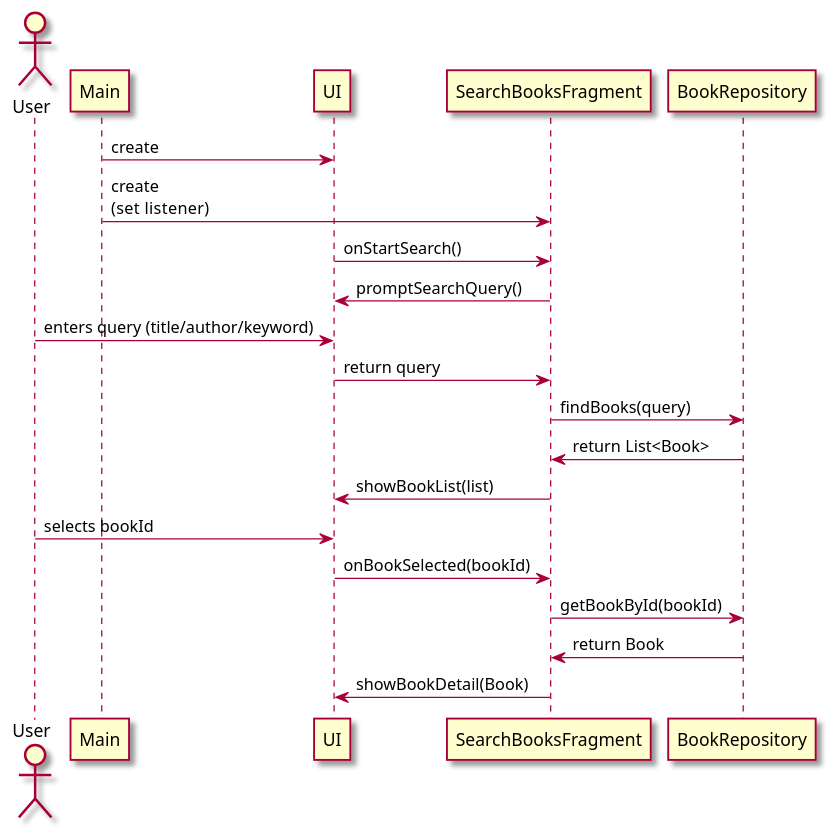
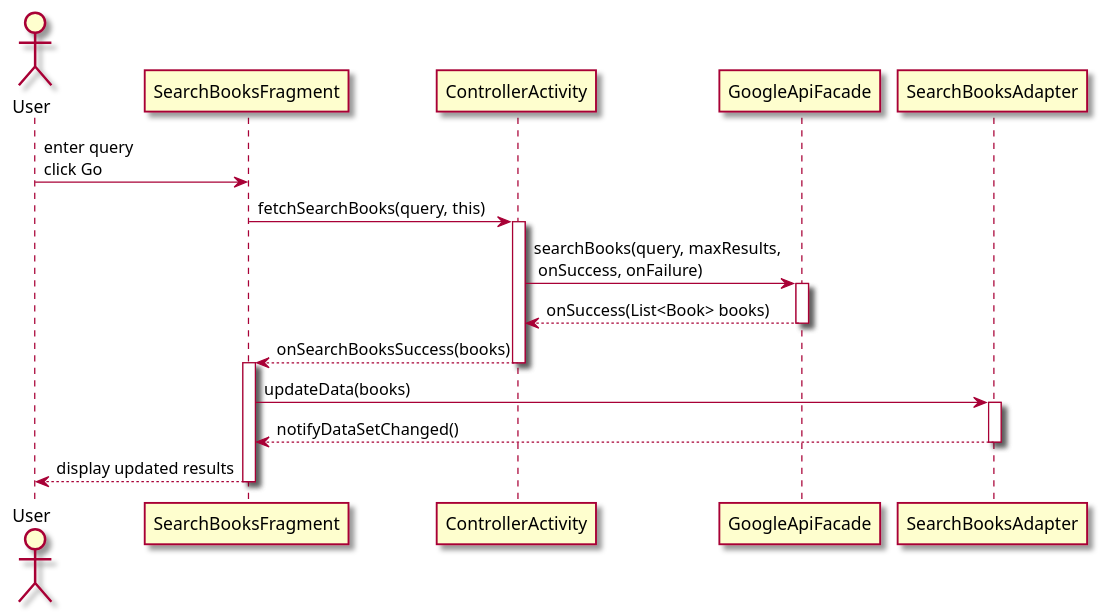
Before and after one commit to Khurshid03/team-2b: the second of 2 diagrams in intellij/doc/use-cases/search-for-books.md, drawn with PlantUML. The commit also changed 12 other files, not shown here.

Commit message:
Updated the use cases and their sequence diagrams

````diff
--- a/intellij/doc/use-cases/search-for-books.md
+++ b/intellij/doc/use-cases/search-for-books.md
@@ -77,33 +78,33 @@
 ```plantuml
 @startuml
 
 skin rose
+actor User
+participant SearchBooksFragment
+participant ControllerActivity
+participant GoogleApiFacade
+participant SearchBooksAdapter
 
-actor User
-participant Main
-participant UI
-participant SearchBooksFragment
-participant BookRepository
+User -> SearchBooksFragment         : enter query\nclick Go
+SearchBooksFragment -> ControllerActivity : fetchSearchBooks(query, this)
+activate ControllerActivity
 
+ControllerActivity -> GoogleApiFacade    : searchBooks(query, maxResults,\n onSuccess, onFailure)
+activate GoogleApiFacade
 
-Main -> UI : create
-Main -> SearchBooksFragment : create\n(set  listener)
-UI -> SearchBooksFragment : onStartSearch()
+GoogleApiFacade --> ControllerActivity    : onSuccess(List<Book> books)
+deactivate GoogleApiFacade
 
-SearchBooksFragment -> UI : promptSearchQuery()
-User -> UI : enters query (title/author/keyword)
-UI -> SearchBooksFragment : return query
+ControllerActivity --> SearchBooksFragment : onSearchBooksSuccess(books)
+deactivate ControllerActivity
+activate SearchBooksFragment
 
-SearchBooksFragment -> BookRepository : findBooks(query)
-BookRepository -> SearchBooksFragment : return List<Book>
+SearchBooksFragment -> SearchBooksAdapter : updateData(books)
+activate SearchBooksAdapter
+SearchBooksAdapter --> SearchBooksFragment : notifyDataSetChanged()
+deactivate SearchBooksAdapter
 
-SearchBooksFragment -> UI : showBookList(list)
-User -> UI : selects bookId
-UI -> SearchBooksFragment : onBookSelected(bookId)
-
-SearchBooksFragment -> BookRepository : getBookById(bookId)
-BookRepository -> SearchBooksFragment : return Book
-SearchBooksFragment -> UI : showBookDetail(Book)
-
+SearchBooksFragment --> User             : display updated results
+deactivate SearchBooksFragment
 @enduml
 ```
````
